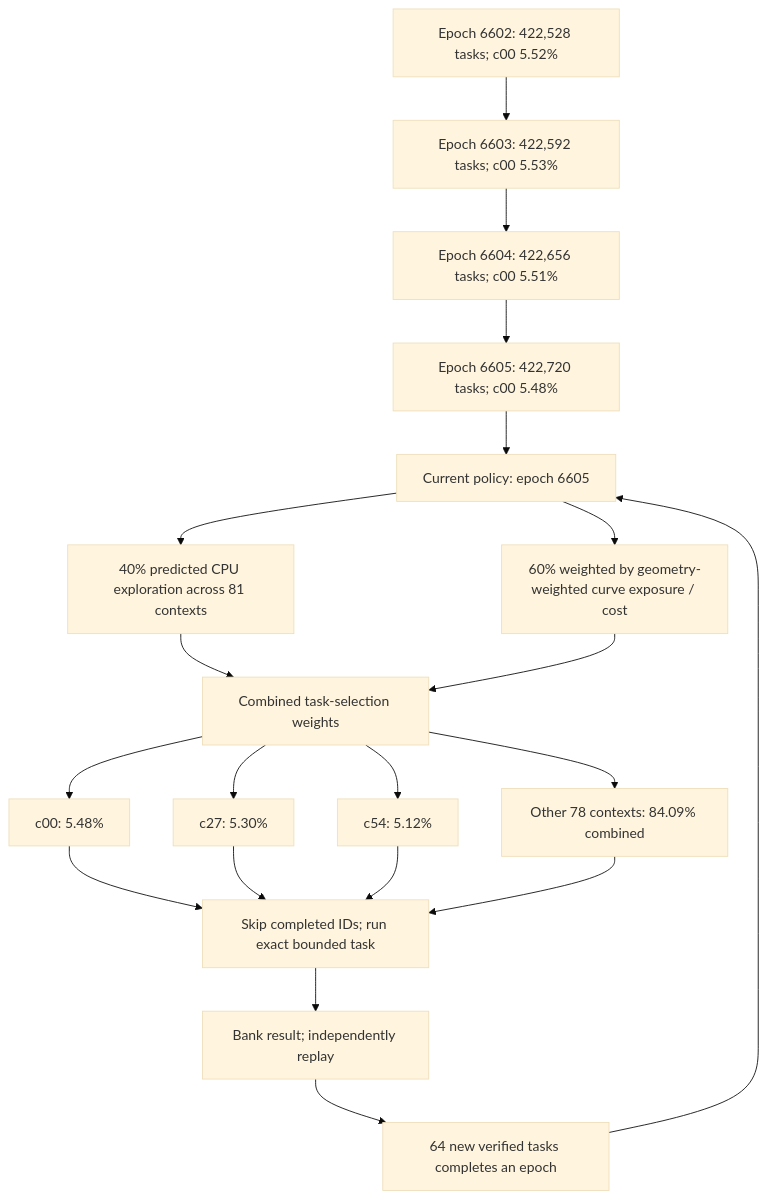
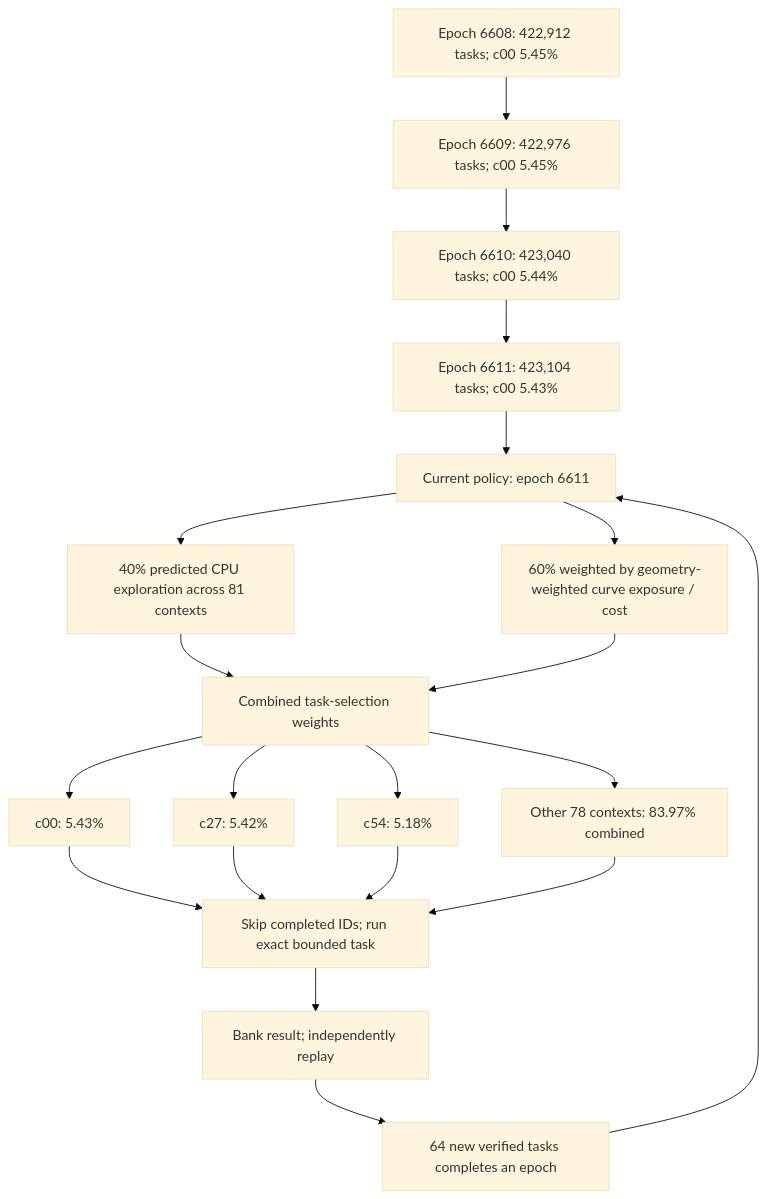
One commit to Kuberwastaken/math-gambling changed the first of 4 diagrams in README.md. Above: the diagram before and after it, drawn with Mermaid (base theme). The commit also changed other lines of this file and 1501 other files, not shown here.

````diff
--- a/README.md
+++ b/README.md
@@ -60,27 +60,27 @@
 ```mermaid
 flowchart TD
-    H0["Epoch 6602: 422,528 tasks; c00 5.52%"]
-    H1["Epoch 6603: 422,592 tasks; c00 5.53%"]
+    H0["Epoch 6608: 422,912 tasks; c00 5.45%"]
+    H1["Epoch 6609: 422,976 tasks; c00 5.45%"]
     H0 --> H1
-    H2["Epoch 6604: 422,656 tasks; c00 5.51%"]
+    H2["Epoch 6610: 423,040 tasks; c00 5.44%"]
     H1 --> H2
-    H3["Epoch 6605: 422,720 tasks; c00 5.48%"]
+    H3["Epoch 6611: 423,104 tasks; c00 5.43%"]
     H2 --> H3
-    Policy["Current policy: epoch 6605"]
+    Policy["Current policy: epoch 6611"]
     H3 --> Policy
     Policy --> Explore["40% predicted CPU exploration across 81 contexts"]
     Policy --> Cost["60% weighted by geometry-weighted curve exposure / cost"]
     Explore --> Mix["Combined task-selection weights"]
     Cost --> Mix
-    Mix --> C0["c00: 5.48%"]
-    Mix --> C1["c27: 5.30%"]
-    Mix --> C2["c54: 5.12%"]
-    Mix --> Rest["Other 78 contexts: 84.09% combined"]
+    Mix --> C0["c00: 5.43%"]
+    Mix --> C1["c27: 5.42%"]
+    Mix --> C2["c54: 5.18%"]
+    Mix --> Rest["Other 78 contexts: 83.97% combined"]
     C0 --> Check["Skip completed IDs; run exact bounded task"]
     C1 --> Check
     C2 --> Check
     Rest --> Check
     Check --> Replay["Bank result; independently replay"]
     Replay --> Gate["64 new verified tasks completes an epoch"]
     Gate --> Policy
 ```
````
